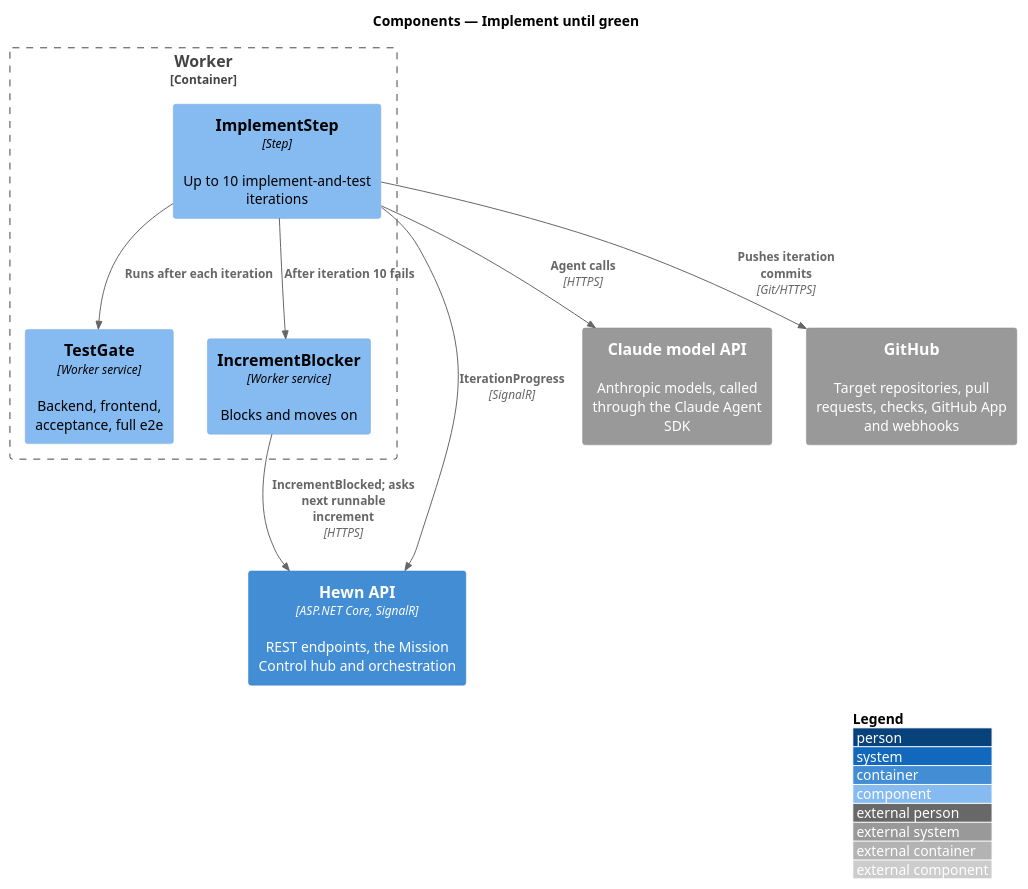
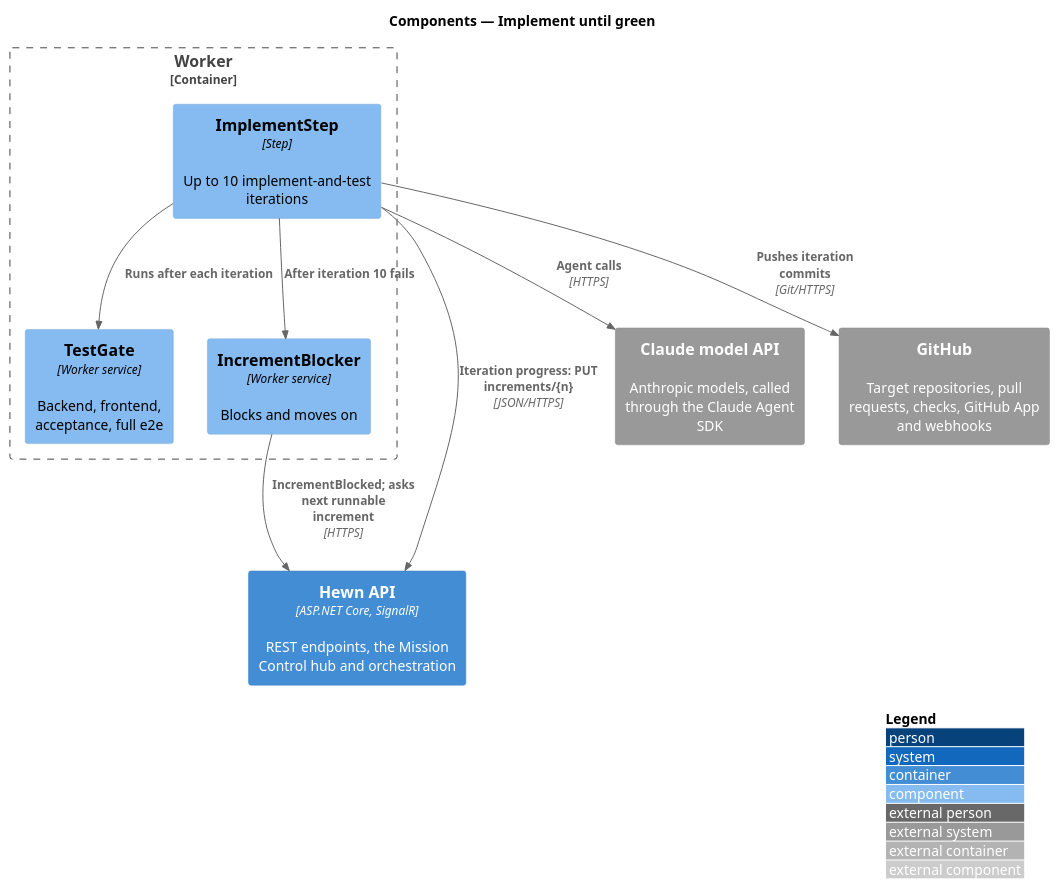
One commit to QuinntyneBrown/hewn changed the diagram in docs/detailed-designs/increments/implement-until-green/diagrams/c4-component.puml. Above: the diagram before and after it, drawn with PlantUML. The commit also changed 86 other files, not shown here.

```diff
--- a/docs/detailed-designs/increments/implement-until-green/diagrams/c4-component.puml
+++ b/docs/detailed-designs/increments/implement-until-green/diagrams/c4-component.puml
@@ -1,21 +1,21 @@
 @startuml
 !include <C4/C4_Component>
 LAYOUT_WITH_LEGEND()
 title Components — Implement until green
 
 Container(api, "Hewn API", "ASP.NET Core, SignalR", "REST endpoints, the Mission Control hub and orchestration")
 Container_Boundary(worker_b, "Worker") {
   Component(impl, "ImplementStep", "Step", "Up to 10 implement-and-test iterations")
   Component(gate, "TestGate", "Worker service", "Backend, frontend, acceptance, full e2e")
   Component(block, "IncrementBlocker", "Worker service", "Blocks and moves on")
 }
 System_Ext(claude, "Claude model API", "Anthropic models, called through the Claude Agent SDK")
 System_Ext(github, "GitHub", "Target repositories, pull requests, checks, GitHub App and webhooks")
 
 Rel(impl, claude, "Agent calls", "HTTPS")
 Rel(impl, github, "Pushes iteration commits", "Git/HTTPS")
 Rel(impl, gate, "Runs after each iteration")
 Rel(impl, block, "After iteration 10 fails")
 Rel(block, api, "IncrementBlocked; asks next runnable increment", "HTTPS")
-Rel(impl, api, "IterationProgress", "SignalR")
+Rel(impl, api, "Iteration progress: PUT increments/{n}", "JSON/HTTPS")
 @enduml
```
